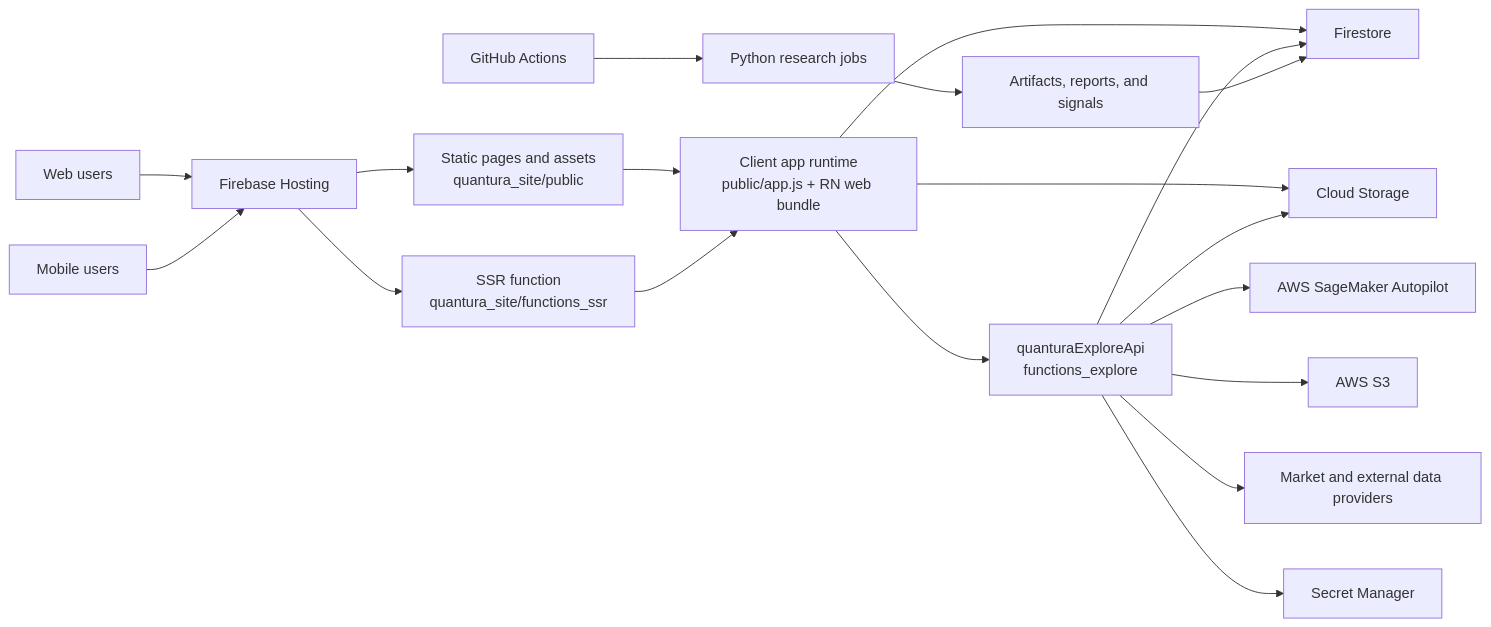
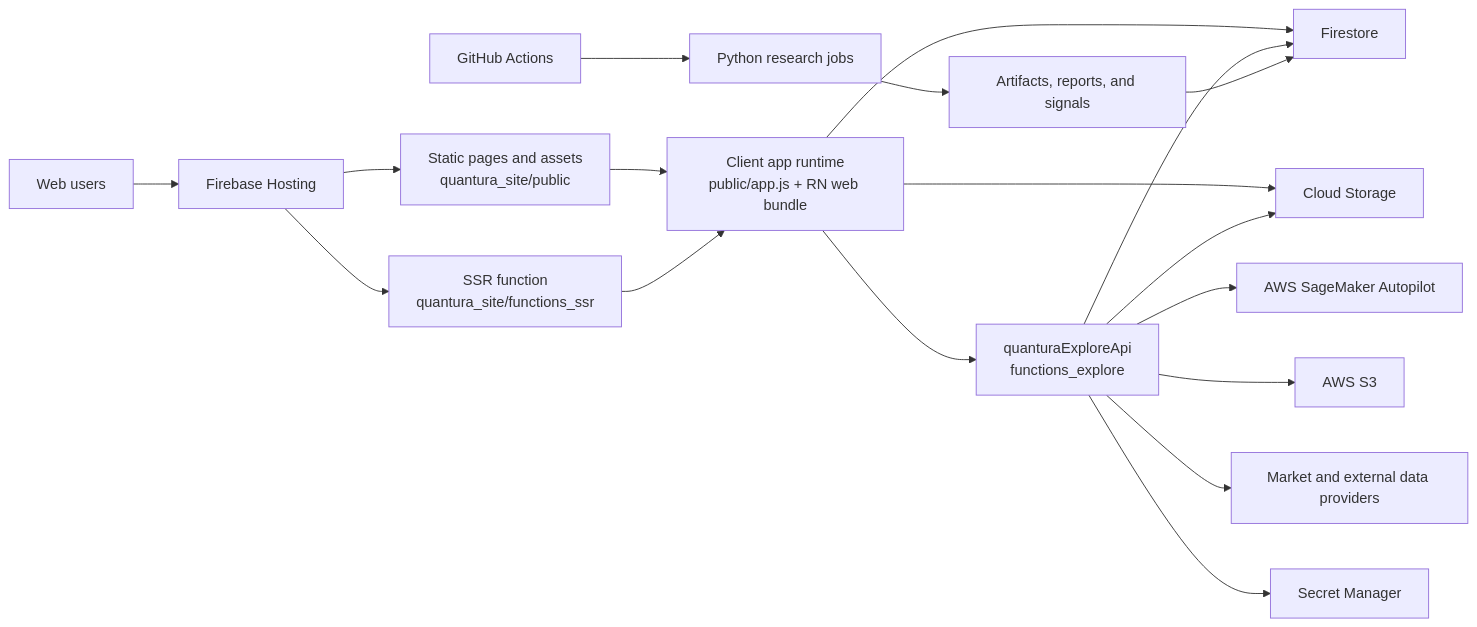
Before and after one commit to tamzid2001/stockssagemakerdata: the first of 5 diagrams in README.md, drawn with Mermaid. The commit also changed other lines of this file and 8 other files, not shown here.

````diff
--- a/README.md
+++ b/README.md
@@ -66,21 +65,20 @@
 ```mermaid
 flowchart LR
     A["Web users"] --> B["Firebase Hosting"]
-    M["Mobile users"] --> B
     B --> C["Static pages and assets<br/>quantura_site/public"]
     B --> D["SSR function<br/>quantura_site/functions_ssr"]
     C --> E["Client app runtime<br/>public/app.js + RN web bundle"]
     D --> E
     E --> F["quanturaExploreApi<br/>functions_explore"]
     E --> G["Firestore"]
     E --> H["Cloud Storage"]
     F --> G
     F --> H
     F --> I["AWS SageMaker Autopilot"]
     F --> J["AWS S3"]
     F --> K["Market and external data providers"]
     F --> L["Secret Manager"]
     N["GitHub Actions"] --> O["Python research jobs"]
     O --> P["Artifacts, reports, and signals"]
     P --> G
 ```
````
